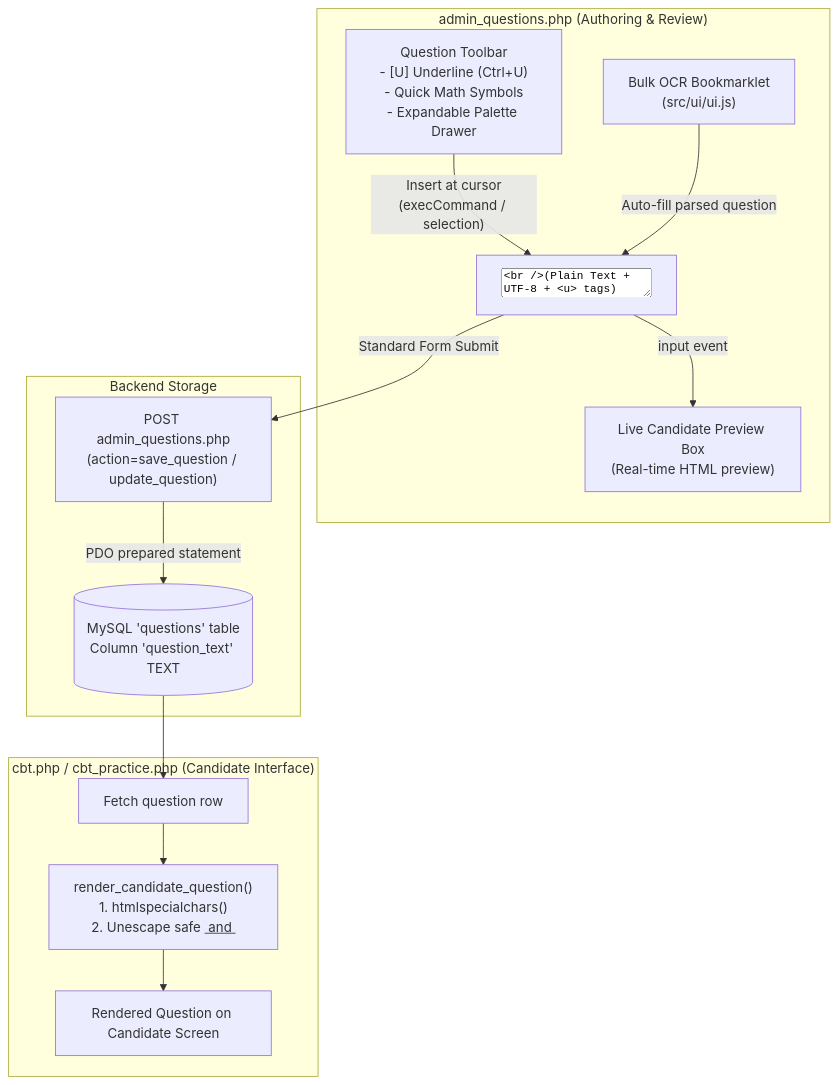
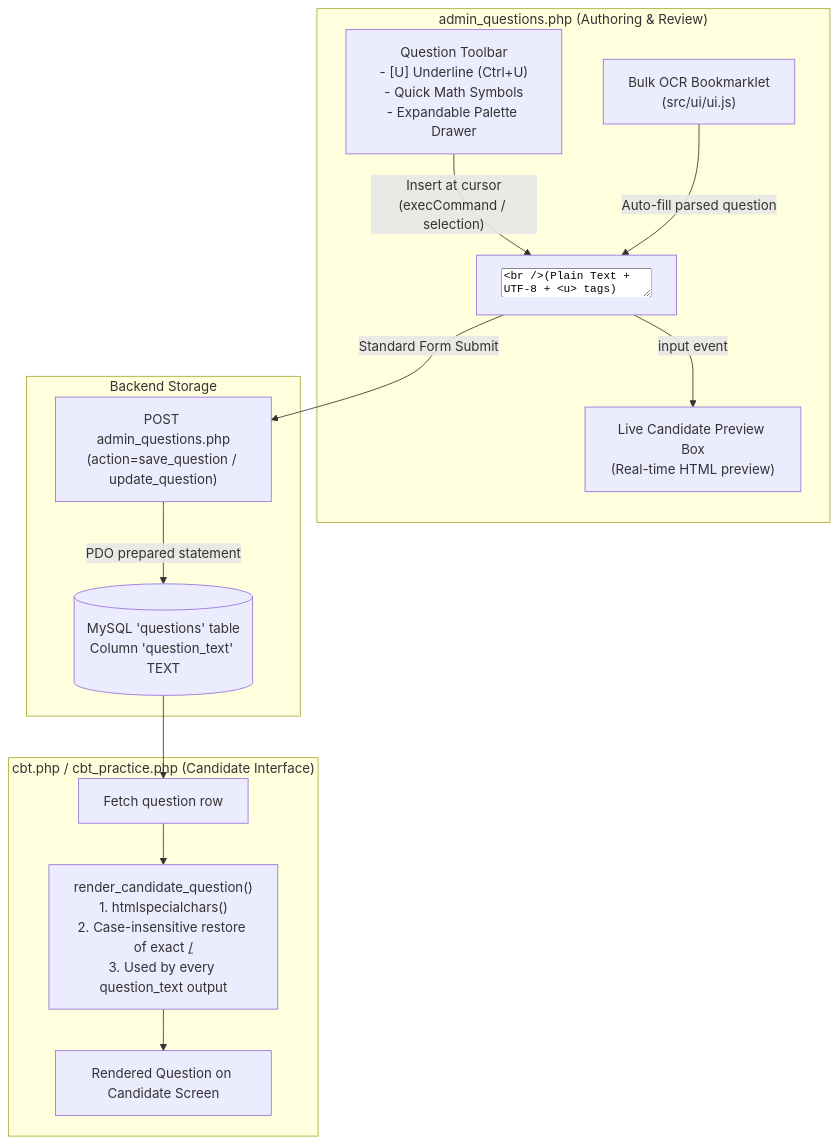
The diagram in docs/24-question-underline-and-math.md (robotboy-exe/mcq-parser), drawn with Mermaid before and after one commit. The commit also changed other lines of this file, not shown here.

````diff
--- a/docs/24-question-underline-and-math.md
+++ b/docs/24-question-underline-and-math.md
@@ -33,31 +35,31 @@
 ```mermaid
 flowchart TD
     subgraph Admin_Browser["admin_questions.php (Authoring & Review)"]
         TB["Question Toolbar\n- [U] Underline (Ctrl+U)\n- Quick Math Symbols\n- Expandable Palette Drawer"]
         TA["<textarea id='question_text'>\n(Plain Text + UTF-8 + <u> tags)"]
         PV["Live Candidate Preview Box\n(Real-time HTML preview)"]
         BM["Bulk OCR Bookmarklet\n(src/ui/ui.js)"]
 
         TB -->|"Insert at cursor\n(execCommand / selection)"| TA
         BM -->|"Auto-fill parsed question"| TA
         TA -->|"input event"| PV
     end
 
     subgraph Server_Storage["Backend Storage"]
         POST["POST admin_questions.php\n(action=save_question / update_question)"]
         DB[("MySQL 'questions' table\nColumn 'question_text' TEXT")]
 
         TA -->|"Standard Form Submit"| POST
         POST -->|"PDO prepared statement"| DB
     end
 
     subgraph Candidate_Browser["cbt.php / cbt_practice.php (Candidate Interface)"]
         Fetch["Fetch question row"]
-        Sanitize["render_candidate_question()\n1. htmlspecialchars()\n2. Unescape safe <u> and </u>"]
+        Sanitize["render_candidate_question()\n1. htmlspecialchars()\n2. Case-insensitive restore of exact <u>/</u>\n3. Used by every question_text output"]
         CandidateUI["Rendered Question on Candidate Screen"]
 
         DB --> Fetch
         Fetch --> Sanitize
         Sanitize --> CandidateUI
     end
 ```
````
